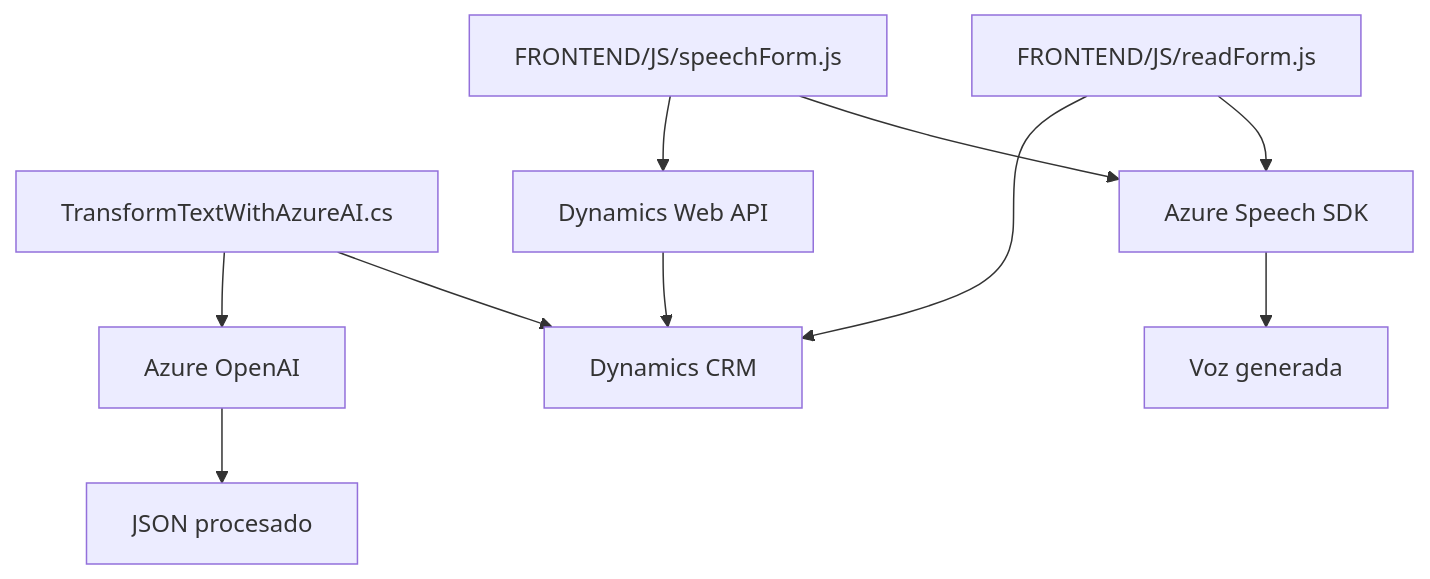
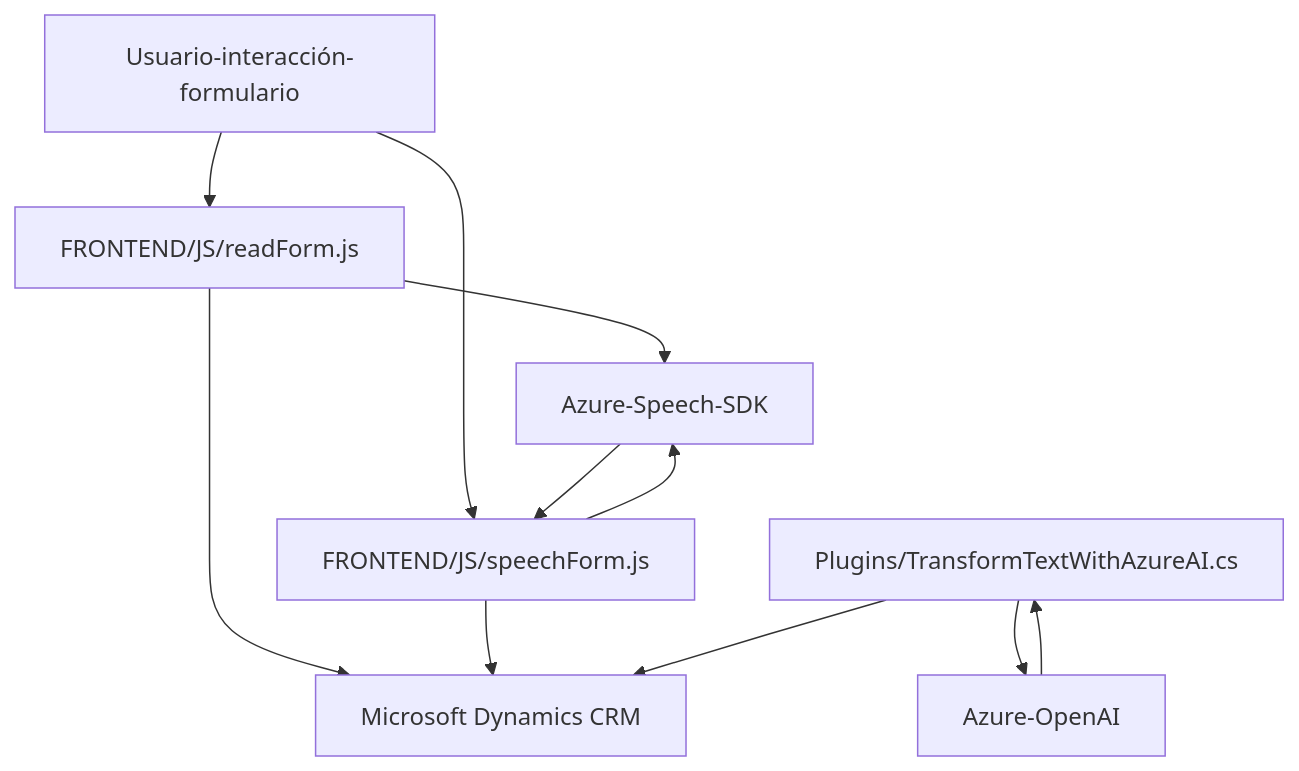
One commit to blopezdm/NETCORE_BILBAO2025 changed the diagram in README.md. Above: the diagram before and after it, drawn with Mermaid. The commit also changed other lines of this file, not shown here.

````diff
--- a/README.md
+++ b/README.md
@@ -39,20 +46,25 @@
 ```mermaid
 graph TD
-    JS1["FRONTEND/JS/readForm.js"]
-    JS2["FRONTEND/JS/speechForm.js"]
-    PluginCSharp["TransformTextWithAzureAI.cs"]
-    Dynamics["Dynamics CRM"]
-    AzureSpeechSDK["Azure Speech SDK"]
-    AzureAI["Azure OpenAI"]
-    WebAPI["Dynamics Web API"]
-
-    JS1 --> AzureSpeechSDK
-    JS1 --> Dynamics
-    JS2 --> AzureSpeechSDK
-    JS2 --> WebAPI
-    PluginCSharp --> Dynamics
-    PluginCSharp --> AzureAI
-    AzureSpeechSDK --> Voz["Voz generada"]
-    AzureAI --> Response["JSON procesado"]
-    WebAPI --> Dynamics
+    A["Usuario-interacción-formulario"]
+    B["FRONTEND/JS/readForm.js"]
+    C["FRONTEND/JS/speechForm.js"]
+    D["Azure-Speech-SDK"]
+    E["Plugins/TransformTextWithAzureAI.cs"]
+    F["Azure-OpenAI"]
+    G["Microsoft Dynamics CRM"]
+    
+    A --> B
+    A --> C
+    
+    B --> D
+    B --> G
+    
+    C --> D
+    C --> G
+    
+    E --> F
+    E --> G
+    
+    D --> C
+    F --> E
 ```
````
